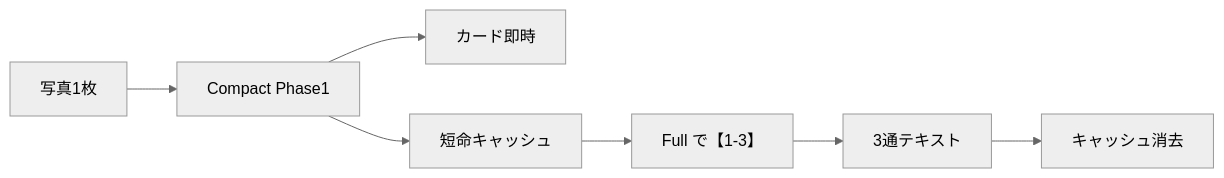
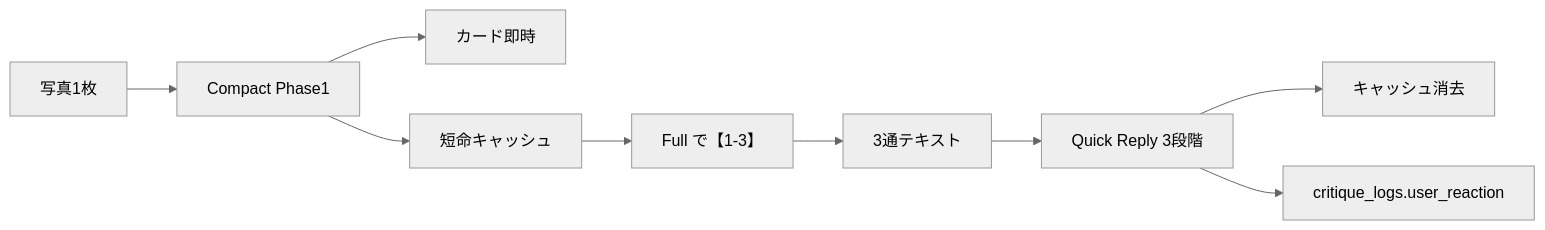
Before and after one commit to nktn-arch01/photo-critique-bot: the fourth of 5 diagrams in docs/CURRENT_APP_MAP.md, drawn with Mermaid (neutral theme). The commit also changed other lines of this file and 20 other files, not shown here.

First line of the commit message:
feat: P1 UX guides + N2 LINE reaction Quick Reply

````diff
--- a/docs/CURRENT_APP_MAP.md
+++ b/docs/CURRENT_APP_MAP.md
@@ -125,9 +125,11 @@
 ```mermaid
 flowchart LR
   Photo[写真1枚] --> Compact[Compact Phase1]
   Compact --> CardPush[カード即時]
   Compact --> Mem[短命キャッシュ]
   Mem --> Full13[Full で【1-3】]
   Full13 --> Push3[3通テキスト]
-  Push3 --> Clear[キャッシュ消去]
+  Push3 --> QR[Quick Reply 3段階]
+  QR --> Clear[キャッシュ消去]
+  QR --> DB["critique_logs.user_reaction"]
 ```
````
